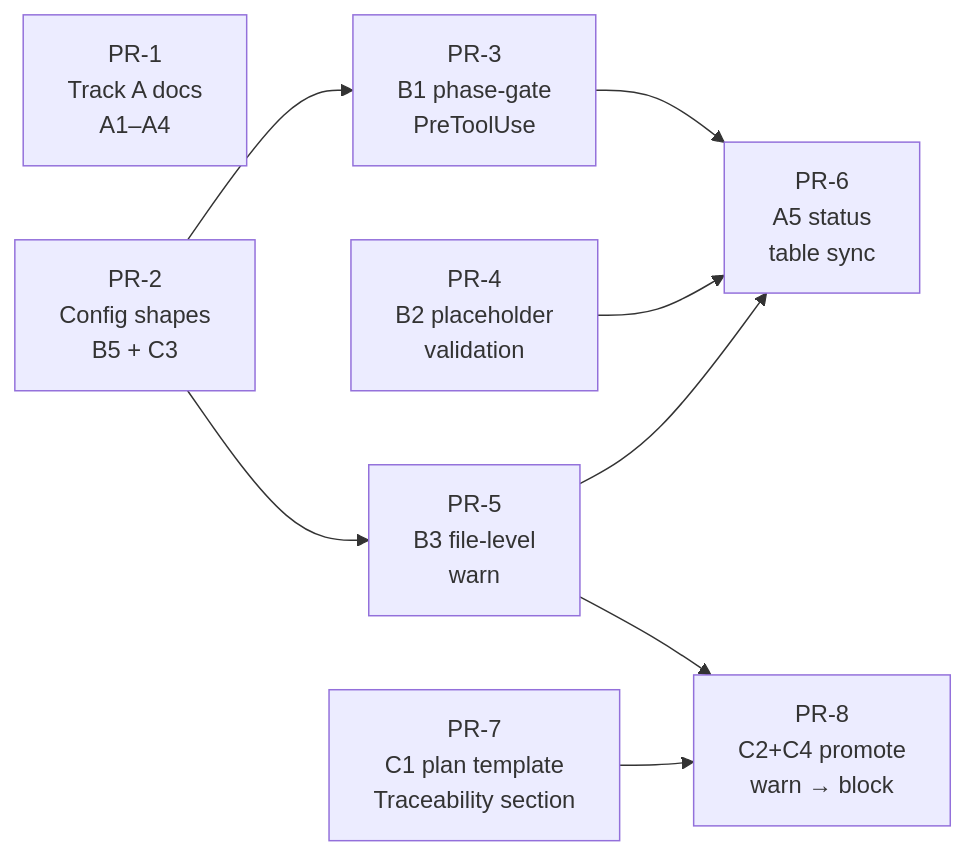
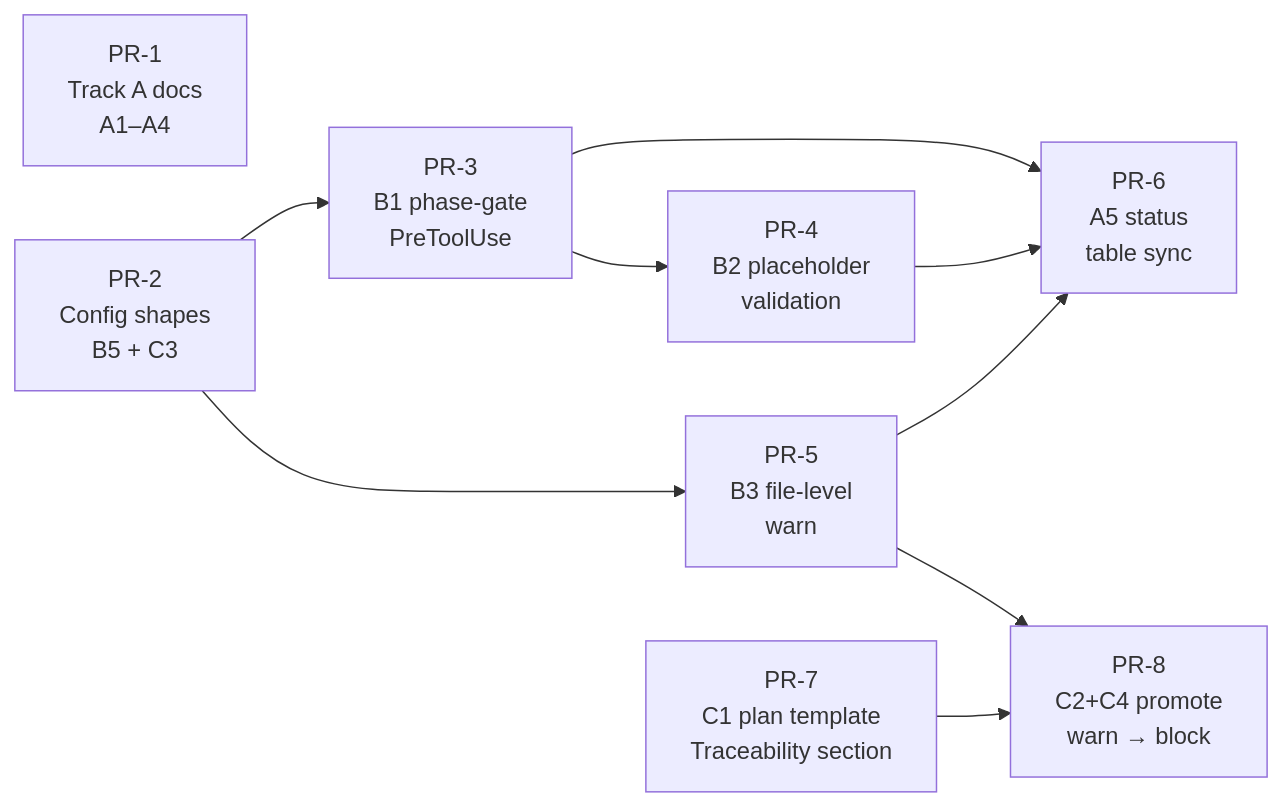
The diagram in docs/rfcs/RFC-003-hook-enforcement-alignment.md (lantisprime/claude-sdlc), drawn with Mermaid before and after one commit. The commit also changed other lines of this file, not shown here.

First line of the commit message:
docs(rfc): correct PR-4 dependency in RFC-003 sequencing diagram

````diff
--- a/docs/rfcs/RFC-003-hook-enforcement-alignment.md
+++ b/docs/rfcs/RFC-003-hook-enforcement-alignment.md
@@ -251,19 +251,20 @@
 ```mermaid
 graph LR
     PR1[PR-1<br/>Track A docs<br/>A1–A4]
     PR2[PR-2<br/>Config shapes<br/>B5 + C3]
     PR3[PR-3<br/>B1 phase-gate<br/>PreToolUse]
     PR4[PR-4<br/>B2 placeholder<br/>validation]
     PR5[PR-5<br/>B3 file-level<br/>warn]
     PR6[PR-6<br/>A5 status<br/>table sync]
     PR7[PR-7<br/>C1 plan template<br/>Traceability section]
     PR8[PR-8<br/>C2+C4 promote<br/>warn → block]
 
     PR2 --> PR3
     PR2 --> PR5
+    PR3 --> PR4
     PR3 --> PR6
     PR4 --> PR6
     PR5 --> PR6
     PR5 --> PR8
     PR7 --> PR8
 ```
````
